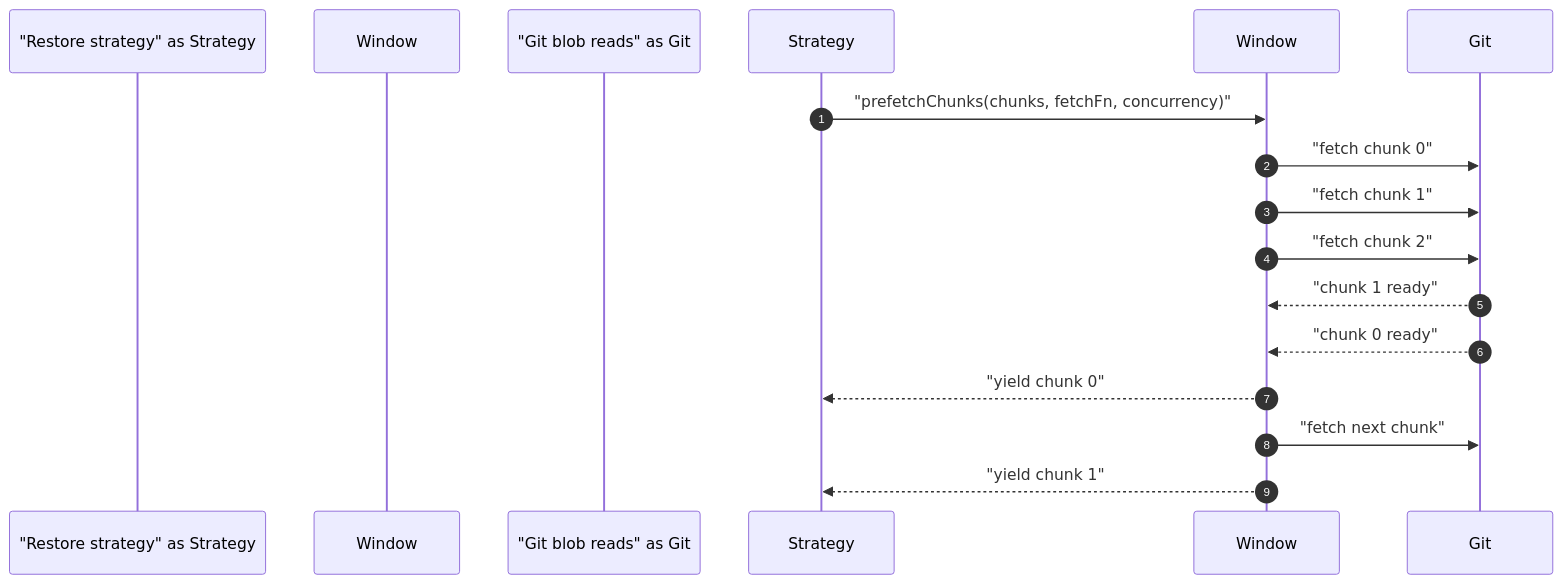
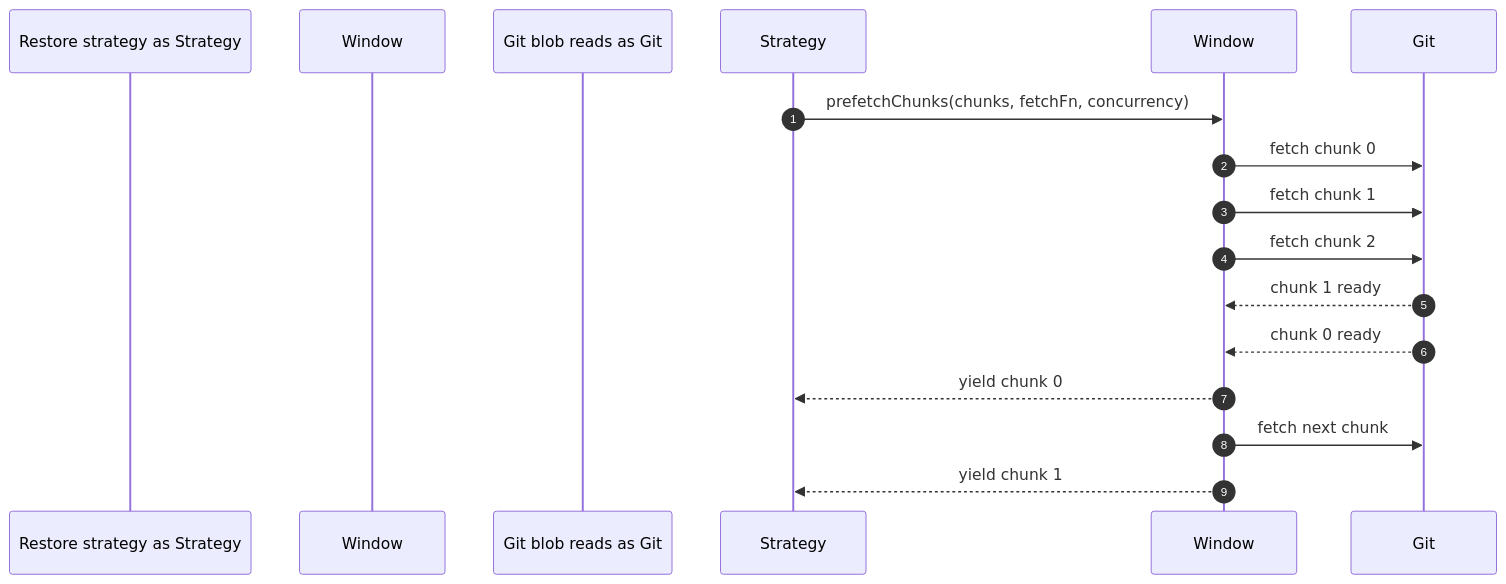
Diagram 19 of 24 in docs/TECHNICAL_TEARDOWN.md (git-stunts/git-cas), drawn with Mermaid before and after one commit. The commit also changed other lines of this file, not shown here.

Commit message:
docs: Update TECHNICAL_TEARDOWN Mind Map

````diff
--- a/docs/TECHNICAL_TEARDOWN.md
+++ b/docs/TECHNICAL_TEARDOWN.md
@@ -1066,17 +1066,17 @@
 ```mermaid
 sequenceDiagram
     autonumber
-    participant "Restore strategy" as Strategy
-    participant "PrefetchWindow" as Window
-    participant "Git blob reads" as Git
+    participant Restore strategy as Strategy
+    participant PrefetchWindow as Window
+    participant Git blob reads as Git
 
-    Strategy->>Window: "prefetchChunks(chunks, fetchFn, concurrency)"
-    Window->>Git: "fetch chunk 0"
-    Window->>Git: "fetch chunk 1"
-    Window->>Git: "fetch chunk 2"
-    Git-->>Window: "chunk 1 ready"
-    Git-->>Window: "chunk 0 ready"
-    Window-->>Strategy: "yield chunk 0"
-    Window->>Git: "fetch next chunk"
-    Window-->>Strategy: "yield chunk 1"
+    Strategy->>Window: prefetchChunks(chunks, fetchFn, concurrency)
+    Window->>Git: fetch chunk 0
+    Window->>Git: fetch chunk 1
+    Window->>Git: fetch chunk 2
+    Git-->>Window: chunk 1 ready
+    Git-->>Window: chunk 0 ready
+    Window-->>Strategy: yield chunk 0
+    Window->>Git: fetch next chunk
+    Window-->>Strategy: yield chunk 1
 ```
````
